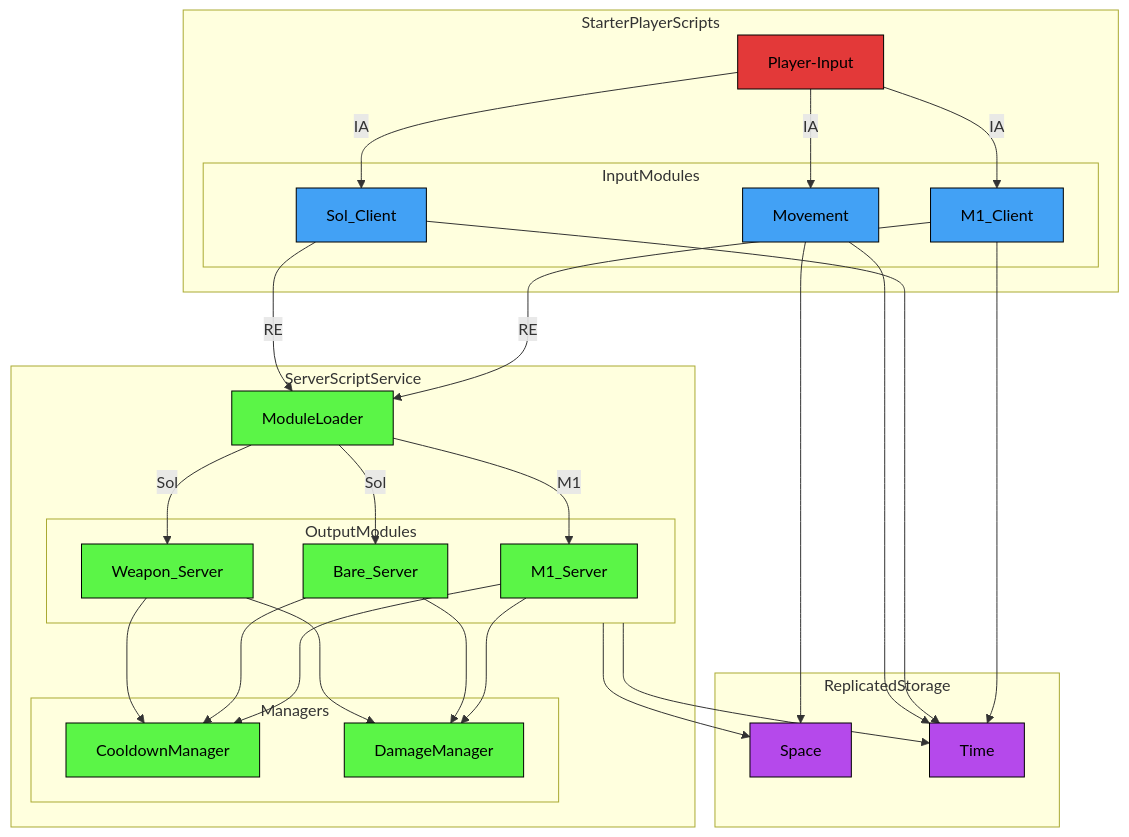
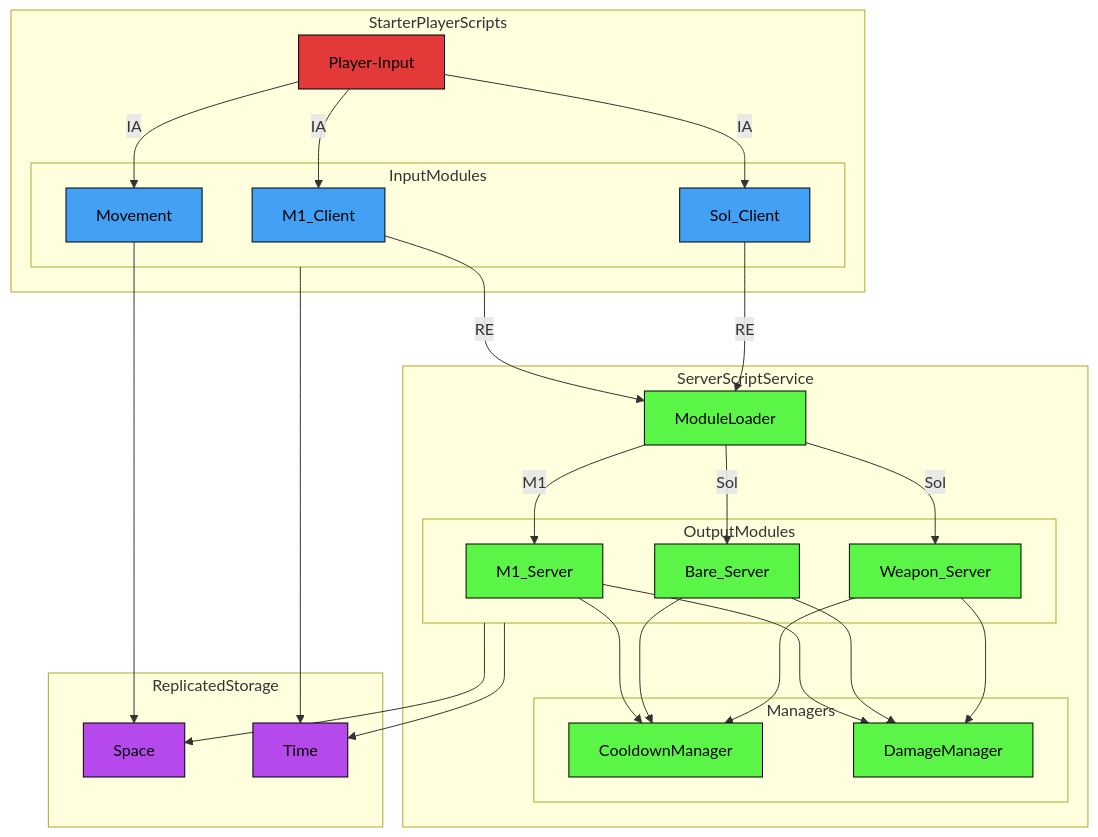
The second of 3 diagrams in README.md (altair5607249/Crusaders-Game), drawn with Mermaid before and after one commit.

````diff
--- a/README.md
+++ b/README.md
@@ -111,72 +111,70 @@
 ```mermaid
 flowchart TB;
 
   classDef eventNode fill:#e33939,stroke:#000000,color:#000000
   classDef serverNode fill:#5bf547,stroke:#000000,color:#000000
   classDef clientNode fill:#42a1f5,stroke:#000000,color:#000000
   classDef universalNode fill:#b549eb,stroke:#000000,color:#000000
 
   subgraph StarterPlayerScripts
     subgraph InputModules
       M1_Client;
       Sol_Client;
       Movement;
     end
   
     Player-Input-->|IA| M1_Client;
     Player-Input-->|IA| Sol_Client;
     Player-Input-->|IA| Movement;
   end
 
   M1_Client-->|RE| ModuleLoader;
   Sol_Client-->|RE| ModuleLoader;
   Movement
 
   subgraph ServerScriptService
     ModuleLoader;
 
     subgraph Managers
       CooldownManager;
     end
 
     subgraph OutputModules
       M1_Server;
       Bare_Server;
       Weapon_Server;
     end
   
     subgraph Managers
       DamageManager;
     end
   
     ModuleLoader-->|M1| M1_Server
     ModuleLoader-->|Sol| Bare_Server
     ModuleLoader-->|Sol| Weapon_Server
   end
 
   subgraph ReplicatedStorage
     Space;
     Time;
   end
 
   OutputModules-->Space;
   OutputModules-->Time;
 
   M1_Server-->CooldownManager;
   Bare_Server-->CooldownManager;
   Weapon_Server-->CooldownManager;
 
   M1_Server-->DamageManager;
   Bare_Server-->DamageManager;
   Weapon_Server-->DamageManager;
 
-  M1_Client-->Time;
-  Sol_Client-->Time;
+  InputModules-->Time;
   Movement-->Space;
-  Movement-->Time;
 
   class Player-Input eventNode;
   class ModuleLoader,M1_Server,Bare_Server,Weapon_Server,DamageManager,CooldownManager serverNode;
   class ModuleLoader2,M1_Client,Sol_Client,Movement,KnockbackHandler clientNode;
   class Space,Time universalNode;
 ```
````
